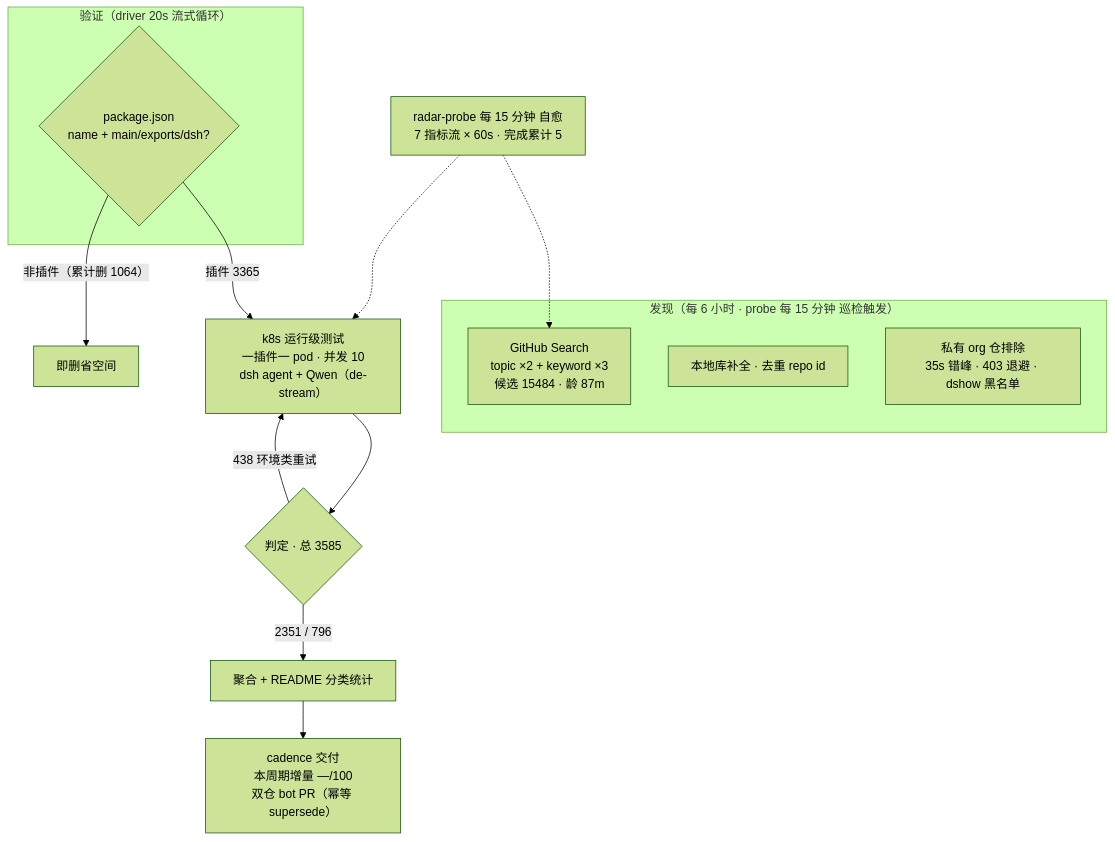
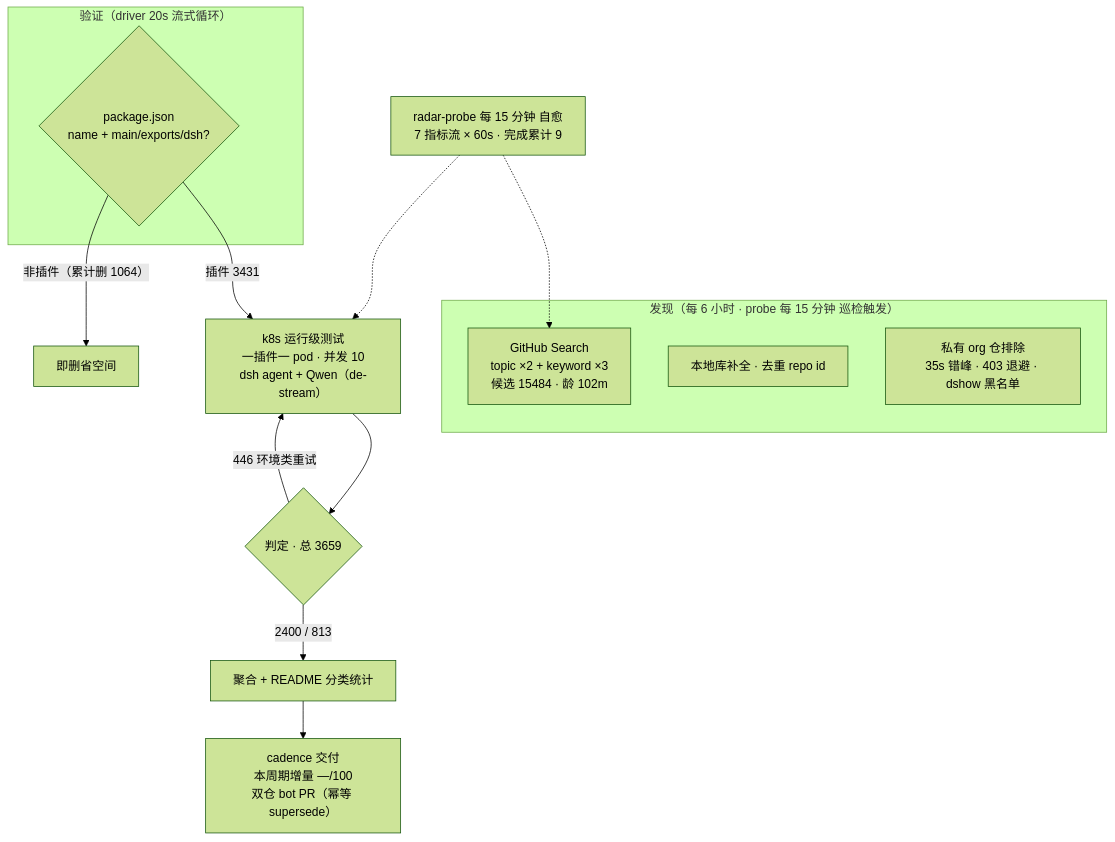
One commit to Zhidao-Lab-OSS/awesome-dsh-plugins changed the diagram in README.md. Above: the diagram before and after it, drawn with Mermaid (forest theme). The commit also changed other lines of this file and 1 other file, not shown here.

````diff
--- a/README.md
+++ b/README.md
@@ -37,20 +37,20 @@
 ```mermaid
 flowchart TB
     subgraph Discovery["发现（每 6 小时 · probe 每 15 分钟 巡检触发）"]
-        A1["GitHub Search<br/>topic ×2 + keyword ×3<br/>候选 15484 · 龄 87m"]
+        A1["GitHub Search<br/>topic ×2 + keyword ×3<br/>候选 15484 · 龄 102m"]
         A2["本地库补全 · 去重 repo id"]
         A3["私有 org 仓排除<br/>35s 错峰 · 403 退避 · dshow 黑名单"]
     end
     subgraph Validation["验证（driver 20s 流式循环）"]
         B1{"package.json<br/>name + main/exports/dsh?"}
     end
-    B1 -->|"插件 3365"| C1["k8s 运行级测试<br/>一插件一 pod · 并发 10<br/>dsh agent + Qwen（de-stream）"]
+    B1 -->|"插件 3431"| C1["k8s 运行级测试<br/>一插件一 pod · 并发 10<br/>dsh agent + Qwen（de-stream）"]
     B1 -->|"非插件（累计删 1064）"| B3["即删省空间"]
-    C1 --> D1{"判定 · 总 3585"}
-    D1 -->|"2351 / 796"| E1["聚合 + README 分类统计"]
-    D1 -->|"438 环境类重试"| C1
+    C1 --> D1{"判定 · 总 3659"}
+    D1 -->|"2400 / 813"| E1["聚合 + README 分类统计"]
+    D1 -->|"446 环境类重试"| C1
     E1 --> E2["cadence 交付<br/>本周期增量 —/100<br/>双仓 bot PR（幂等 supersede）"]
-    M["radar-probe 每 15 分钟 自愈<br/>7 指标流 × 60s · 完成累计 5"]
+    M["radar-probe 每 15 分钟 自愈<br/>7 指标流 × 60s · 完成累计 9"]
     M -.-> A1
     M -.-> C1
 ```
````
